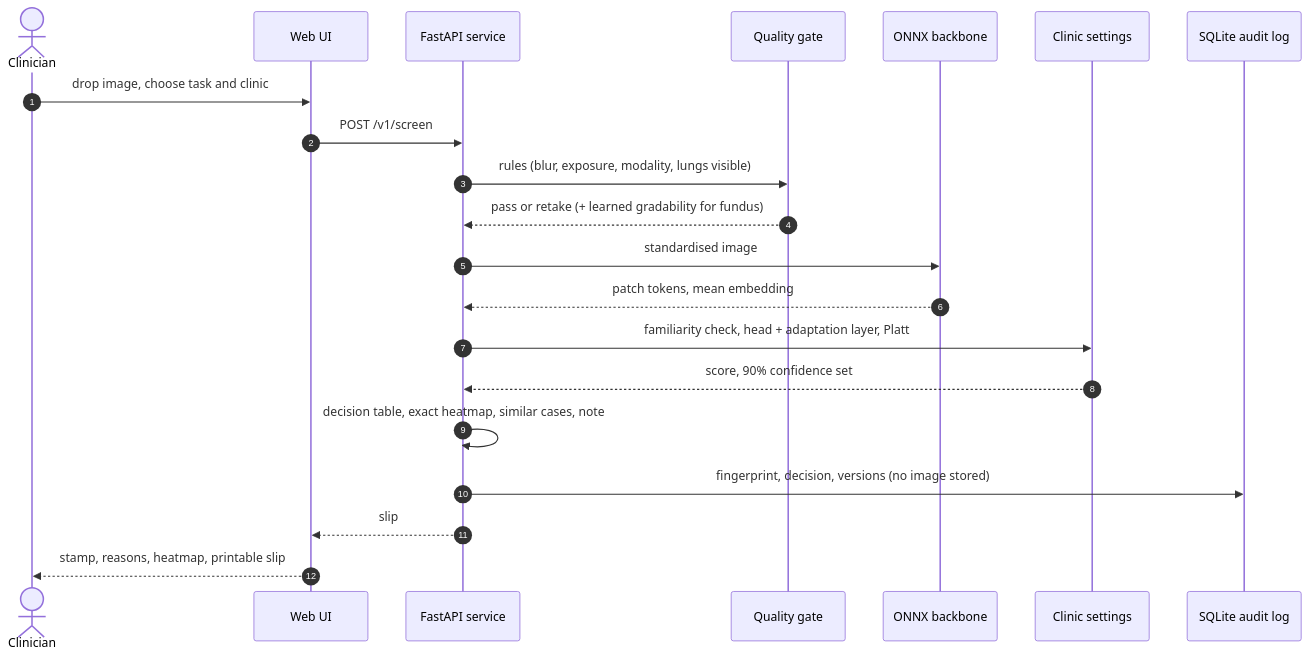
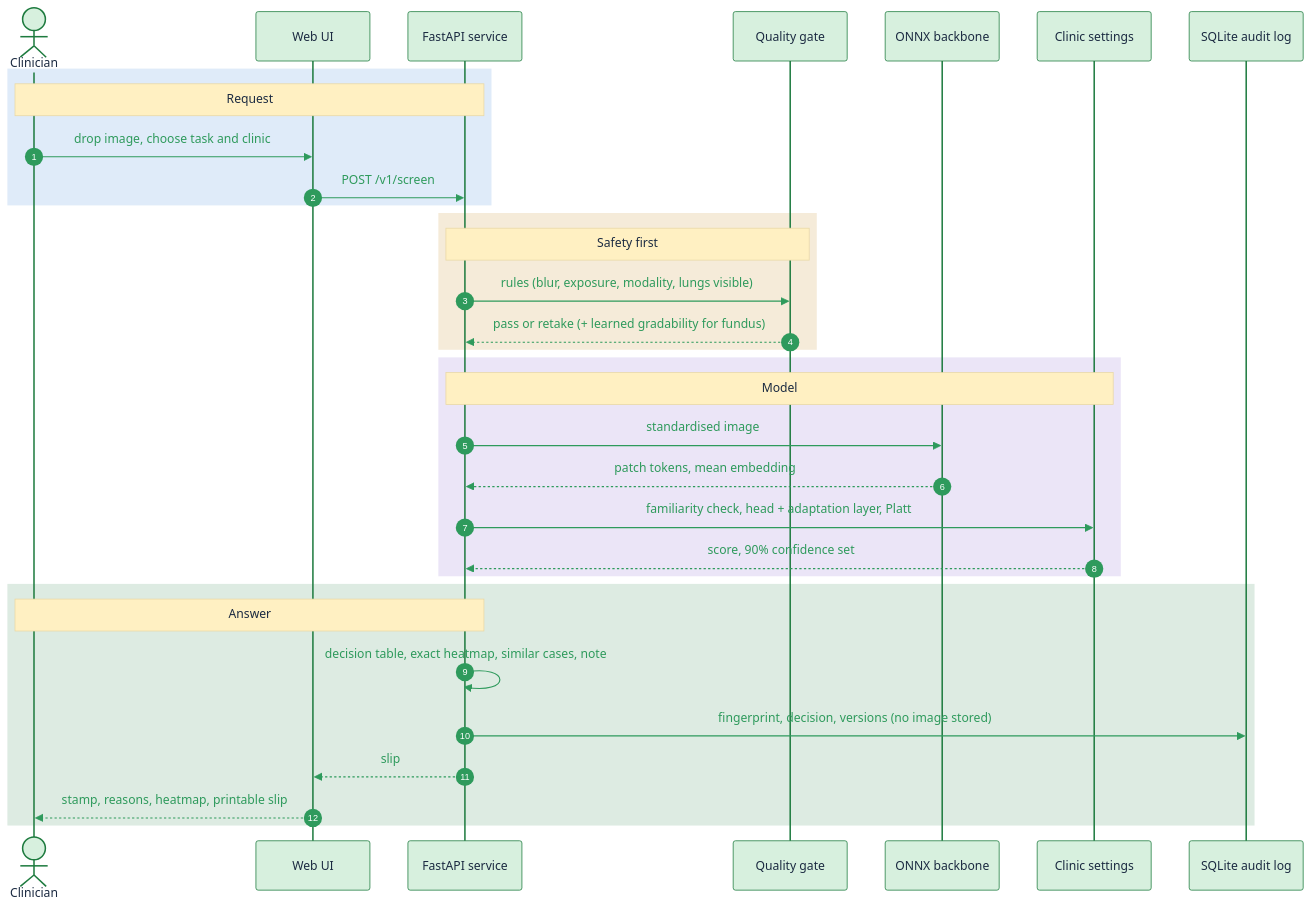
Before and after one commit to hrdk6/Neural-Storm-Hackathon: the second of 8 diagrams in README.md, drawn with Mermaid. The commit also changed other lines of this file, not shown here.

````diff
--- a/README.md
+++ b/README.md
@@ -121,24 +129,37 @@
 ```mermaid
+%%{init: {'theme':'base','themeVariables':{'actorBkg':'#D7F0DE','actorBorder':'#1E7B3F','actorTextColor':'#1B2A41','signalColor':'#2E9A5C','signalTextColor':'#2E9A5C','noteBkgColor':'#FFF0C2','noteTextColor':'#1B2A41','activationBkgColor':'#DCEBFB','sequenceNumberColor':'#FFFFFF'}}}%%
 sequenceDiagram
     autonumber
     actor C as Clinician
     participant UI as Web UI
     participant API as FastAPI service
     participant Q as Quality gate
     participant M as ONNX backbone
     participant S as Clinic settings
     participant DB as SQLite audit log
 
+    rect rgba(42,120,214,0.15)
+    Note over C,API: Request
     C->>UI: drop image, choose task and clinic
     UI->>API: POST /v1/screen
+    end
+    rect rgba(184,122,0,0.15)
+    Note over API,Q: Safety first
     API->>Q: rules (blur, exposure, modality, lungs visible)
     Q-->>API: pass or retake (+ learned gradability for fundus)
+    end
+    rect rgba(122,85,199,0.15)
+    Note over API,S: Model
     API->>M: standardised image
     M-->>API: patch tokens, mean embedding
     API->>S: familiarity check, head + adaptation layer, Platt
     S-->>API: score, 90% confidence set
+    end
+    rect rgba(30,123,63,0.15)
+    Note over API,C: Answer
     API->>API: decision table, exact heatmap, similar cases, note
     API->>DB: fingerprint, decision, versions (no image stored)
     API-->>UI: slip
     UI-->>C: stamp, reasons, heatmap, printable slip
+    end
 ```
````
